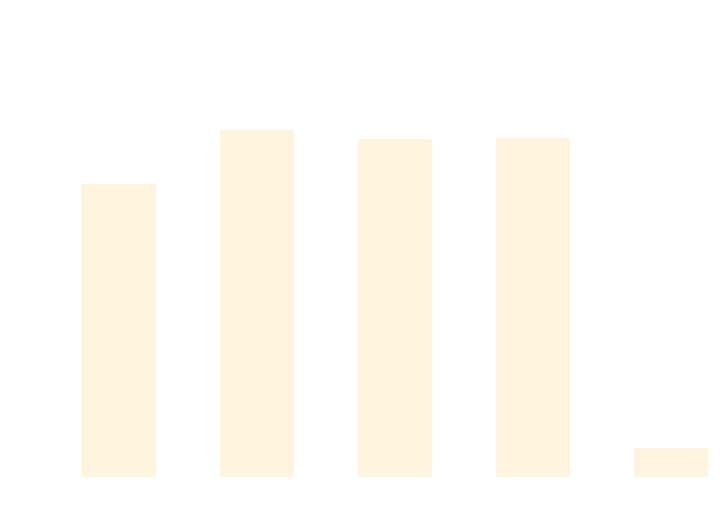
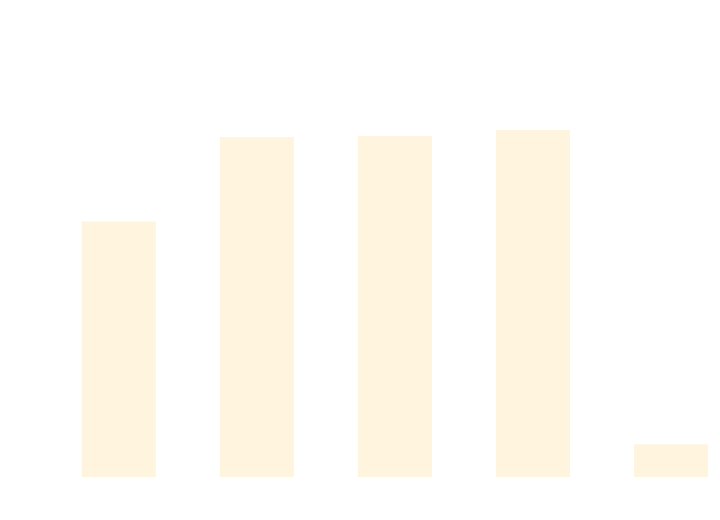
The diagram in docs/docs/benchmarks/ScaleTests.md (thomhurst/TUnit), drawn with Mermaid before and after one commit. The commit also changed other lines of this file and 17 other files, not shown here.

````diff
--- a/docs/docs/benchmarks/ScaleTests.md
+++ b/docs/docs/benchmarks/ScaleTests.md
@@ -27,37 +27,37 @@
 ```mermaid
 %%{init: {
   'theme':'base',
   'themeVariables': {
     'primaryColor': '#2563eb',
     'primaryTextColor': '#ffffff',
     'primaryBorderColor': '#1e40af',
     'lineColor': '#6b7280',
     'secondaryColor': '#7c3aed',
     'tertiaryColor': '#dc2626',
     'background': '#ffffff',
     'mainBkg': '#2563eb',
     'secondBkg': '#7c3aed',
     'tertiaryBkg': '#dc2626',
     'clusterBkg': '#f3f4f6',
     'edgeLabelBackground': '#ffffff',
     'tertiaryTextColor': '#1f2937',
     'pie1': '#2563eb',
     'pie2': '#7c3aed',
     'pie3': '#dc2626',
     'pie4': '#f59e0b',
     'pie5': '#10b981',
     'pie6': '#06b6d4',
     'pie7': '#ec4899',
     'pie8': '#6366f1',
     'pie9': '#84cc16',
     'pie10': '#f97316',
     'pie11': '#14b8a6',
     'pie12': '#a855f7'
   }
 }}%%
 xychart-beta
   title "ScaleTests Performance Comparison"
   x-axis ["TUnit", "NUnit", "MSTest", "xUnit3", "TUnit_AOT"]
-  y-axis "Time (ms)" 0 --> 741
-  bar [519.31, 617.49, 600.4, 602.4, 38.14]
+  y-axis "Time (ms)" 0 --> 813
+  bar [494.38, 663.18, 665.46, 677.19, 49.15]
 ```
````
